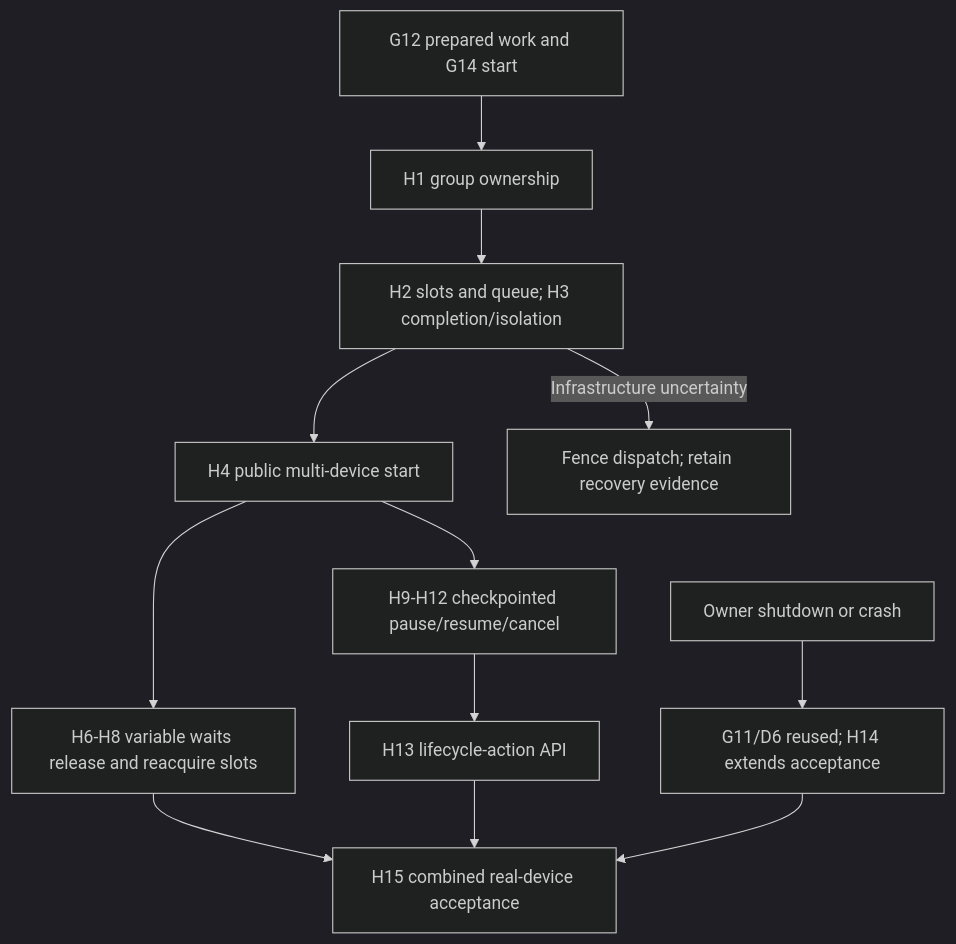
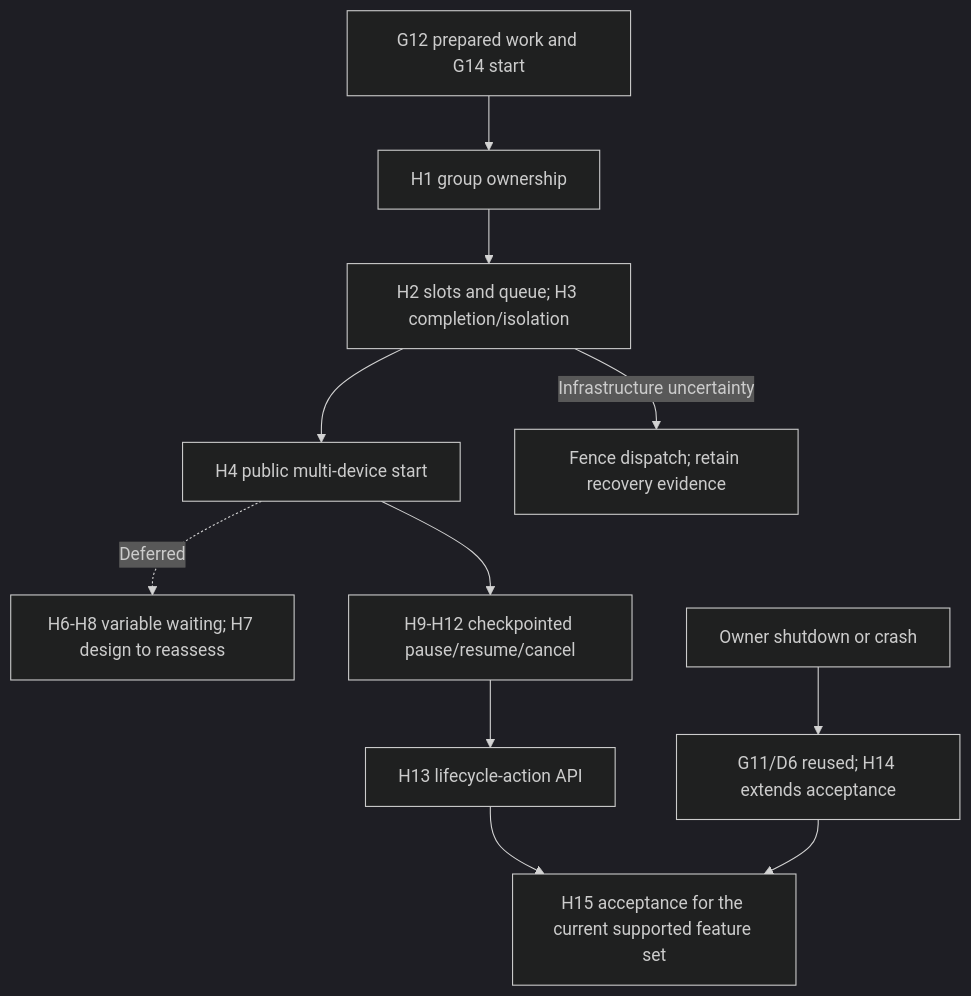
One commit to A2MaTex/a2matex-docs changed the diagram in components/a2matex-runtime/phases/phase_h.md. Above: the diagram before and after it, drawn with Mermaid (dark theme). The commit also changed other lines of this file and 36 other files, not shown here.

````diff
--- a/components/a2matex-runtime/phases/phase_h.md
+++ b/components/a2matex-runtime/phases/phase_h.md
@@ -14,14 +17,13 @@
 ```mermaid
 flowchart TD
     A[G12 prepared work and G14 start] --> B[H1 group ownership]
     B --> C[H2 slots and queue; H3 completion/isolation]
     C --> D[H4 public multi-device start]
-    D --> W[H6-H8 variable waits release and reacquire slots]
+    D -. Deferred .-> W[H6-H8 variable waiting; H7 design to reassess]
     D --> L[H9-H12 checkpointed pause/resume/cancel]
     L --> API[H13 lifecycle-action API]
     C -->|Infrastructure uncertainty| F[Fence dispatch; retain recovery evidence]
     O[Owner shutdown or crash] --> R[G11/D6 reused; H14 extends acceptance]
-    W --> T[H15 combined real-device acceptance]
-    API --> T
+    API --> T[H15 acceptance for the current supported feature set]
     R --> T
 ```
````
